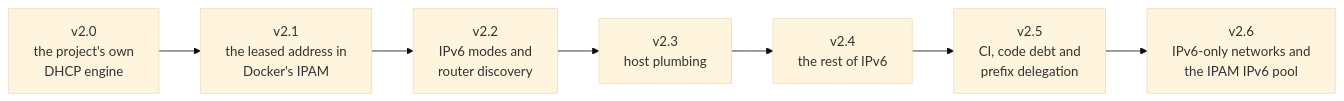
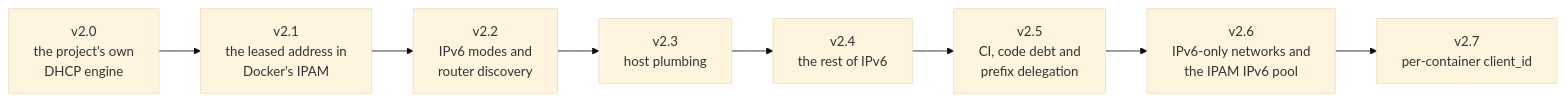
The diagram in docs/roadmap.md (claymore666/docker-net-dhcp), drawn with Mermaid (base theme) before and after one commit. The commit also changed other lines of this file and 2 other files, not shown here.

Commit message:
docs: README, index and roadmap state v2.7.0 as released and v2.8.0 as planned (#1417)

````diff
--- a/docs/roadmap.md
+++ b/docs/roadmap.md
@@ -157,11 +173,12 @@
 ```mermaid
 flowchart LR
     v20["v2.0<br/>the project's own<br/>DHCP engine"]
     v21["v2.1<br/>the leased address in<br/>Docker's IPAM"]
     v22["v2.2<br/>IPv6 modes and<br/>router discovery"]
     v23["v2.3<br/>host plumbing"]
     v24["v2.4<br/>the rest of IPv6"]
     v25["v2.5<br/>CI, code debt and<br/>prefix delegation"]
     v26["v2.6<br/>IPv6-only networks and<br/>the IPAM IPv6 pool"]
-    v20 --> v21 --> v22 --> v23 --> v24 --> v25 --> v26
+    v27["v2.7<br/>per-container client_id"]
+    v20 --> v21 --> v22 --> v23 --> v24 --> v25 --> v26 --> v27
 ```
````
